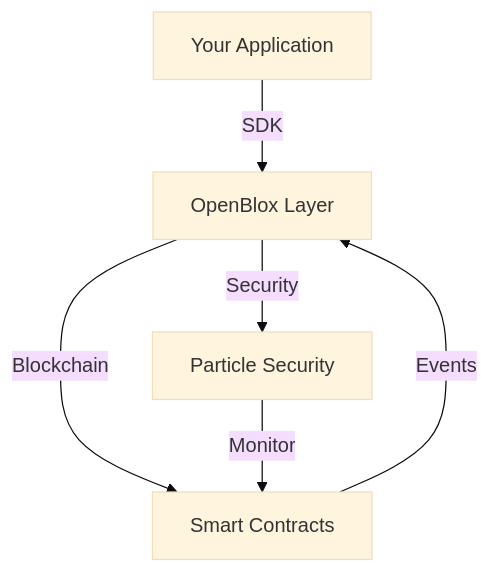
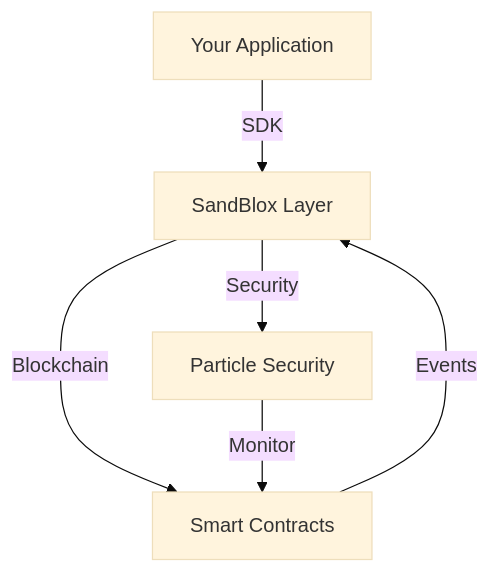
Before and after one commit to PracticalParticle/Sandblox: the diagram in public/docs/first-integration.md, drawn with Mermaid (base theme). The commit also changed other lines of this file and 25 other files, not shown here.

Commit message:
rename project to SandBlox

````diff
--- a/public/docs/first-integration.md
+++ b/public/docs/first-integration.md
@@ -14,8 +14,8 @@
 ```mermaid
 graph TD
-    A[Your Application] -->|SDK| B[OpenBlox Layer]
+    A[Your Application] -->|SDK| B[SandBlox Layer]
     B -->|Security| C[Particle Security]
     B -->|Blockchain| D[Smart Contracts]
     C -->|Monitor| D
     D -->|Events| B
 ```
````
